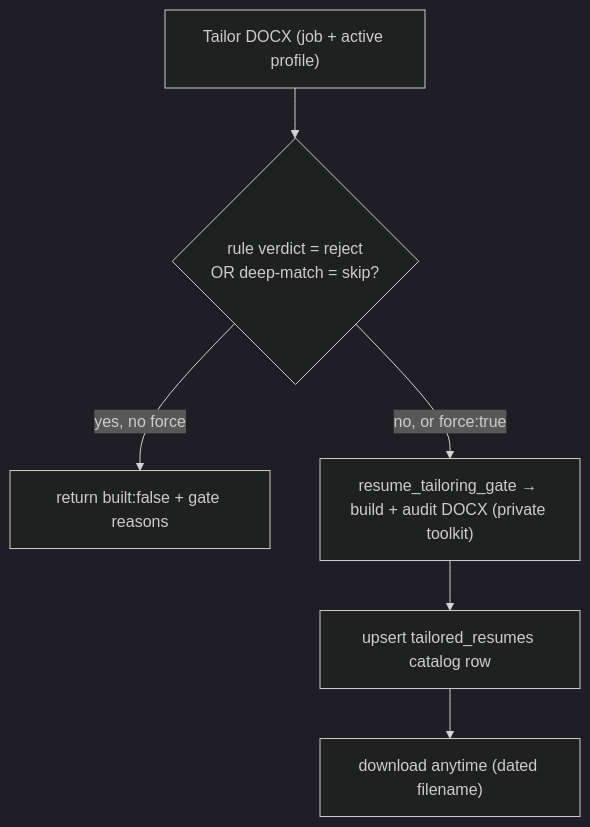
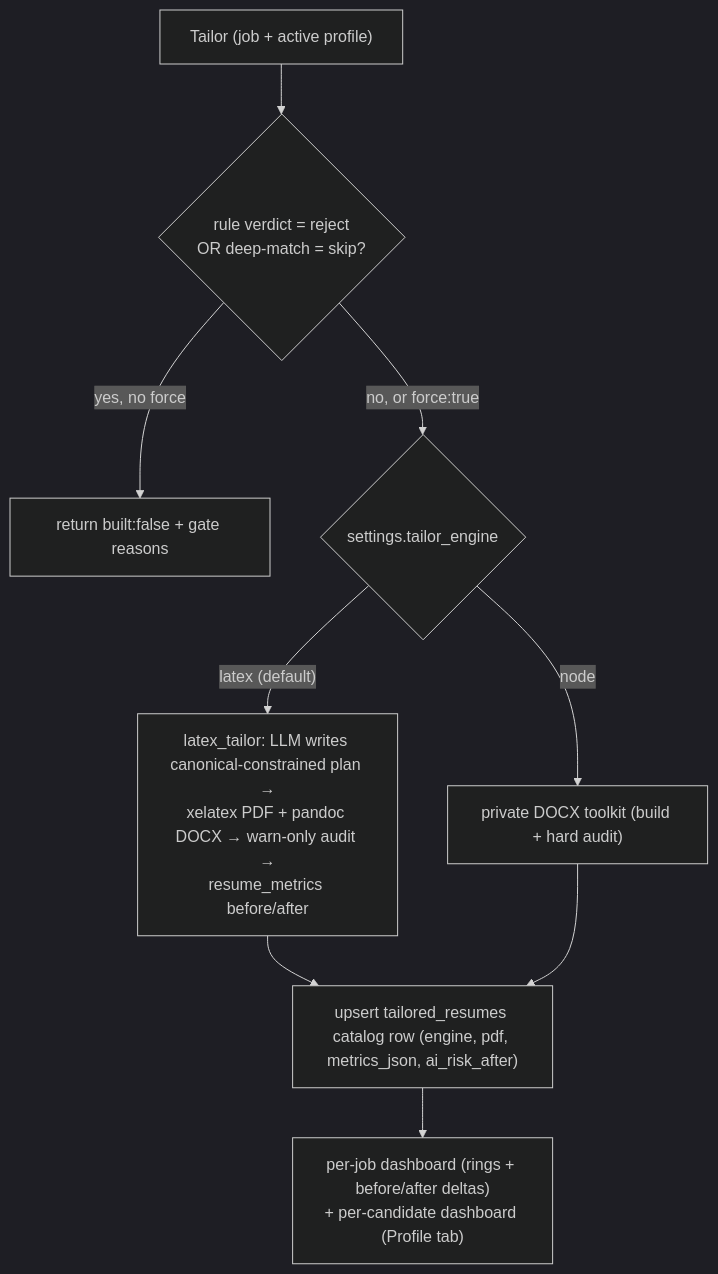
The seventh of 8 diagrams in docs/architecture.md (sciencephalonai/jobscout), drawn with Mermaid (dark theme) before and after one commit. The commit also changed other lines of this file and 56 other files, not shown here.

First line of the commit message:
Add Auth0 auth, Postgres store, LaTeX resume tailoring, and resume metrics

````diff
--- a/docs/architecture.md
+++ b/docs/architecture.md
@@ -227,8 +229,11 @@
 ```mermaid
 flowchart TD
-    T["Tailor DOCX (job + active profile)"] --> G{"rule verdict = reject<br/>OR deep-match = skip?"}
+    T["Tailor (job + active profile)"] --> G{"rule verdict = reject<br/>OR deep-match = skip?"}
     G -->|yes, no force| STOP["return built:false + gate reasons"]
-    G -->|no, or force:true| BUILD["resume_tailoring_gate → build + audit DOCX (private toolkit)"]
-    BUILD --> CAT["upsert tailored_resumes catalog row"]
-    CAT --> DL["download anytime (dated filename)"]
+    G -->|no, or force:true| E{"settings.tailor_engine"}
+    E -->|"latex (default)"| L["latex_tailor: LLM writes canonical-constrained plan →<br/>xelatex PDF + pandoc DOCX → warn-only audit →<br/>resume_metrics before/after"]
+    E -->|node| N["private DOCX toolkit (build + hard audit)"]
+    L --> CAT["upsert tailored_resumes catalog row (engine, pdf, metrics_json, ai_risk_after)"]
+    N --> CAT
+    CAT --> DASH["per-job dashboard (rings + before/after deltas)<br/>+ per-candidate dashboard (Profile tab)"]
 ```
````
